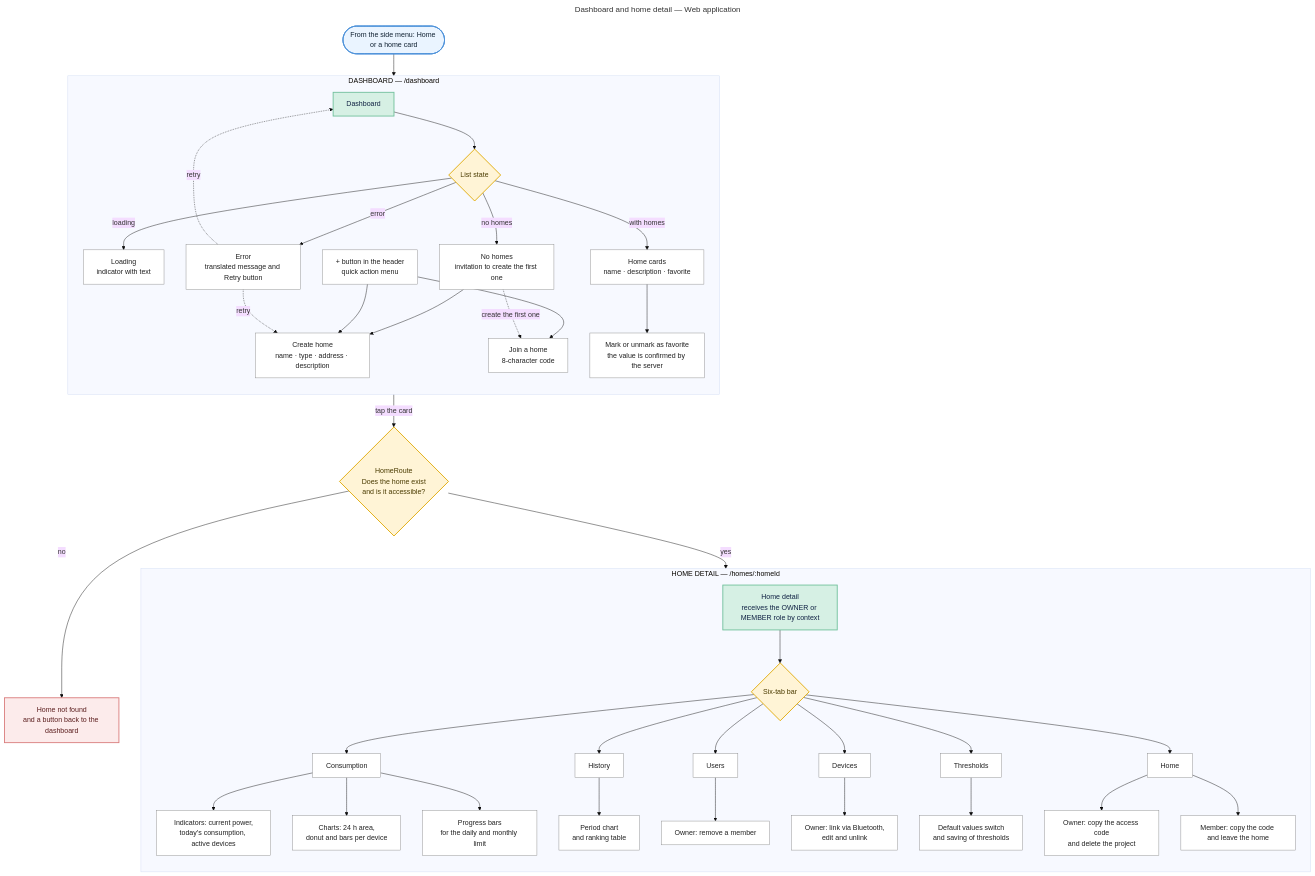
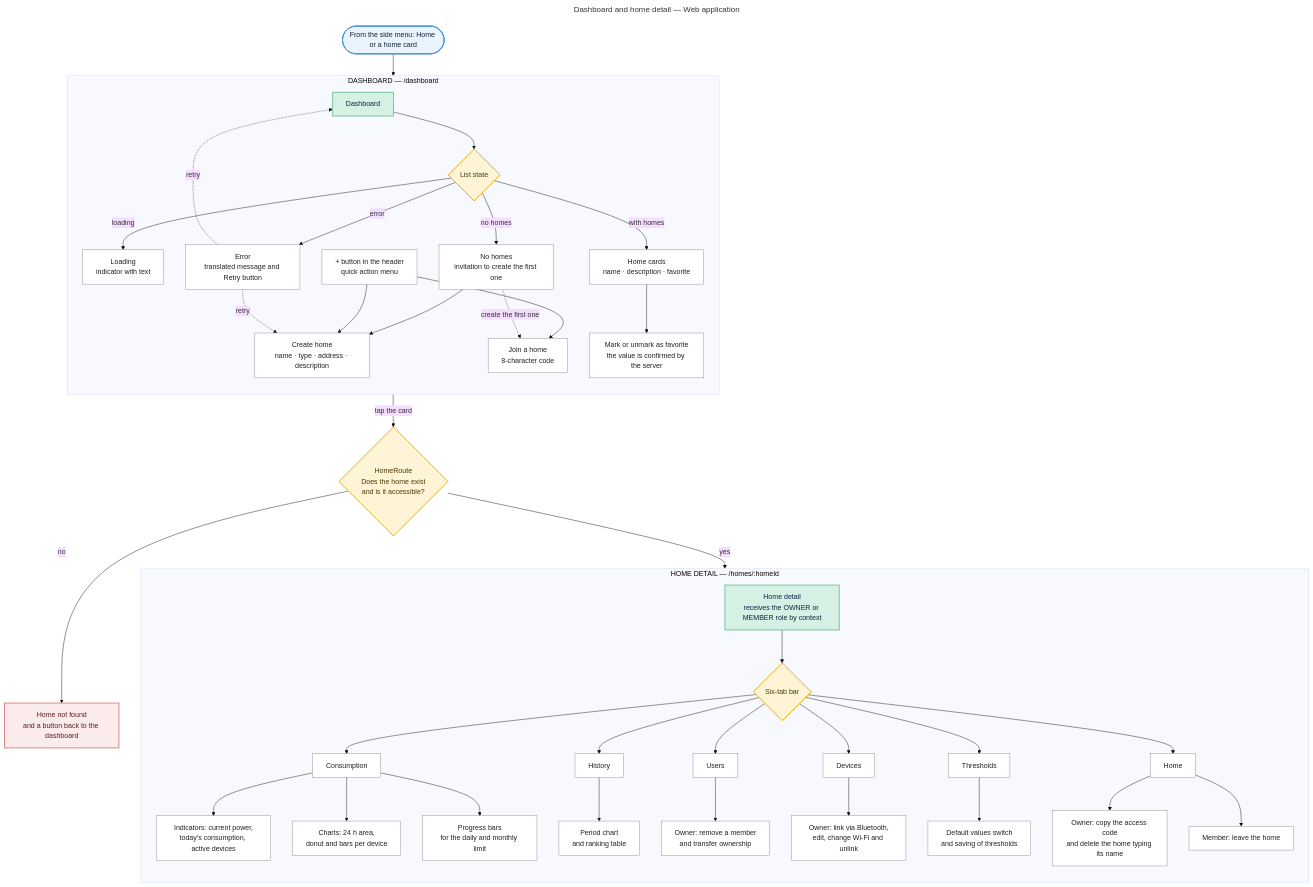
Before and after one commit to Juan-Cortes2045/energy-monitor-docs-final: the second of 4 diagrams in 03-analisis-software/EN/navigation/web-navigation-map.md, drawn with Mermaid (base theme). The commit also changed other lines of this file and 7 other files, not shown here.

```diff
--- a/03-analisis-software/EN/navigation/web-navigation-map.md
+++ b/03-analisis-software/EN/navigation/web-navigation-map.md
@@ -155,11 +162,11 @@
     TCG2["Charts: 24 h area,<br/>donut and bars per device"]
     TCL["Progress bars<br/>for the daily and monthly limit"]
     THG["Period chart<br/>and ranking table"]
-    TUO["Owner: remove a member"]
-    TDO["Owner: link via Bluetooth,<br/>edit and unlink"]
+    TUO["Owner: remove a member<br/>and transfer ownership"]
+    TDO["Owner: link via Bluetooth,<br/>edit, change Wi-Fi and unlink"]
     TTS["Default values switch<br/>and saving of thresholds"]
-    THP["Owner: copy the access code<br/>and delete the project"]
-    THM["Member: copy the code and leave the home"]
+    THP["Owner: copy the access code<br/>and delete the home typing its name"]
+    THM["Member: leave the home"]
 
     TC --> TCG
     TC --> TCG2
```
